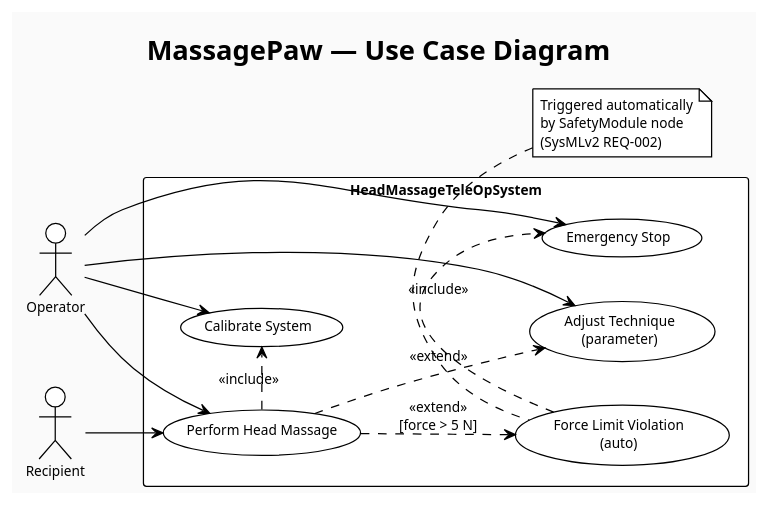
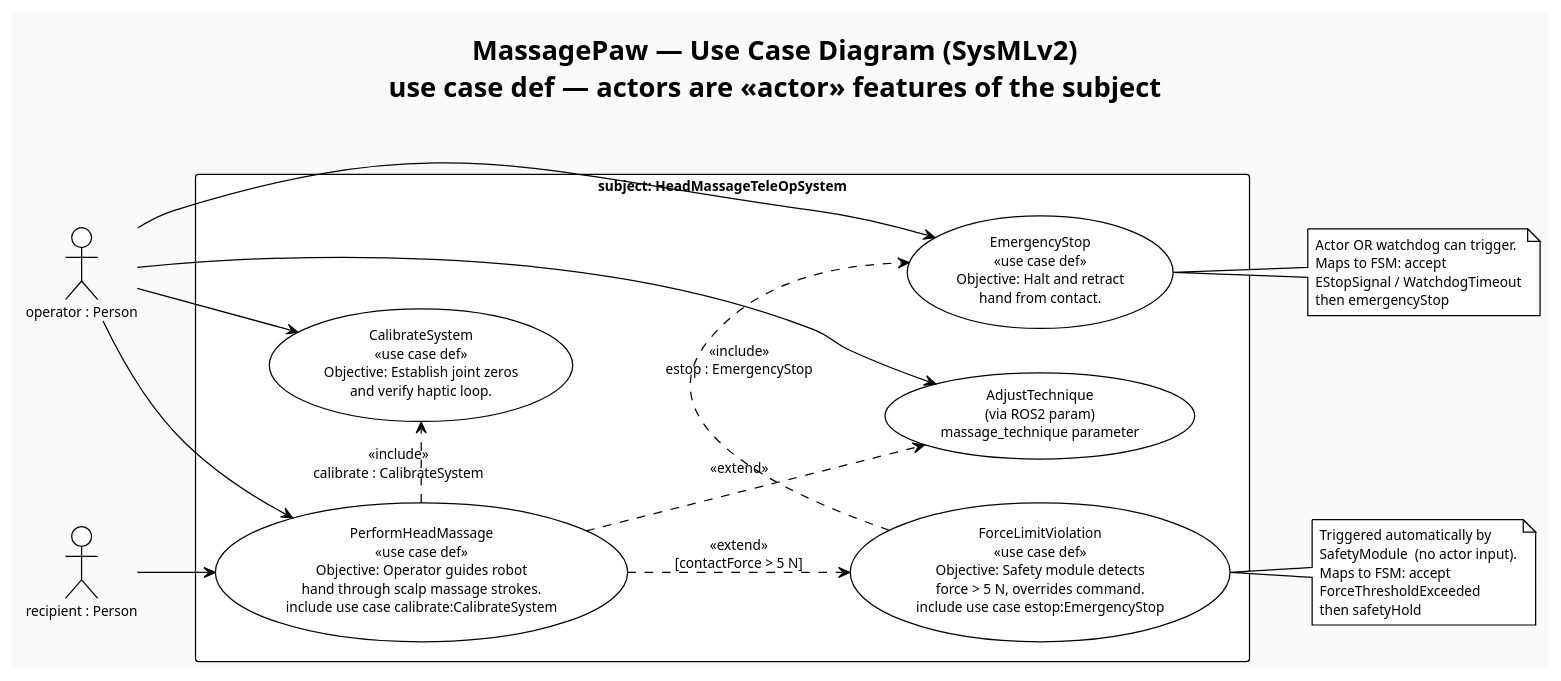
Before and after one commit to aYenYen0123/MassagePaw: the diagram in diagrams/MassagePaw_UseCases.puml, drawn with PlantUML. The commit also changed 7 other files, not shown here.

```diff
--- a/diagrams/MassagePaw_UseCases.puml
+++ b/diagrams/MassagePaw_UseCases.puml
@@ -1,40 +1,58 @@
 @startuml MassagePaw_UseCases
 !theme plain
 skinparam backgroundColor #FAFAFA
 skinparam defaultFontName Monospace
 skinparam defaultFontSize 11
 skinparam shadowing false
 
-title MassagePaw — Use Case Diagram
+title MassagePaw — Use Case Diagram (SysMLv2)\nuse case def — actors are «actor» features of the subject
+
+' SysMLv2 use case syntax used in model:
+'   use case def <Name> { subject, actor, objective doc, include use case <name>:<UC> }
+' Actors appear as classifier roles, not standalone classifier boxes.
 
 left to right direction
 
-actor Operator  as op
-actor Recipient as re
+actor "operator : Person"  as Op
+actor "recipient : Person" as Re
 
-rectangle "HeadMassageTeleOpSystem" {
-  usecase "Calibrate System"              as UC1
-  usecase "Perform Head Massage"          as UC2
-  usecase "Emergency Stop"               as UC3
-  usecase "Force Limit Violation\n(auto)" as UC4
-  usecase "Adjust Technique\n(parameter)" as UC5
+rectangle "subject: HeadMassageTeleOpSystem" {
+
+  usecase "CalibrateSystem\n«use case def»\nObjective: Establish joint zeros\nand verify haptic loop." as UC1
+
+  usecase "PerformHeadMassage\n«use case def»\nObjective: Operator guides robot\nhand through scalp massage strokes.\ninclude use case calibrate:CalibrateSystem" as UC2
+
+  usecase "EmergencyStop\n«use case def»\nObjective: Halt and retract\nhand from contact." as UC3
+
+  usecase "ForceLimitViolation\n«use case def»\nObjective: Safety module detects\nforce > 5 N, overrides command.\ninclude use case estop:EmergencyStop" as UC4
+
+  usecase "AdjustTechnique\n(via ROS2 param)\nmassage_technique parameter" as UC5
 }
 
-op --> UC1
-op --> UC2
-op --> UC3
-op --> UC5
-re --> UC2
+Op  --> UC1
+Op  --> UC2
+Op  --> UC3
+Op  --> UC5
+Re  --> UC2
 
-UC2 .> UC1 : <<include>>
-UC4 .> UC3 : <<include>>
-UC2 ..> UC4 : <<extend>>\n[force > 5 N]
+UC2 .> UC1 : <<include>>\ncalibrate : CalibrateSystem
+UC4 .> UC3 : <<include>>\nestop : EmergencyStop
+UC2 ..> UC4 : <<extend>>\n[contactForce > 5 N]
 UC2 ..> UC5 : <<extend>>
 
-note top of UC4
-  Triggered automatically
-  by SafetyModule node
-  (SysMLv2 REQ-002)
+note right of UC4
+  Triggered automatically by
+  SafetyModule  (no actor input).
+  Maps to FSM: accept
+  ForceThresholdExceeded
+  then safetyHold
+end note
+
+note right of UC3
+  Actor OR watchdog can trigger.
+  Maps to FSM: accept
+  EStopSignal / WatchdogTimeout
+  then emergencyStop
 end note
 
 @enduml
```
